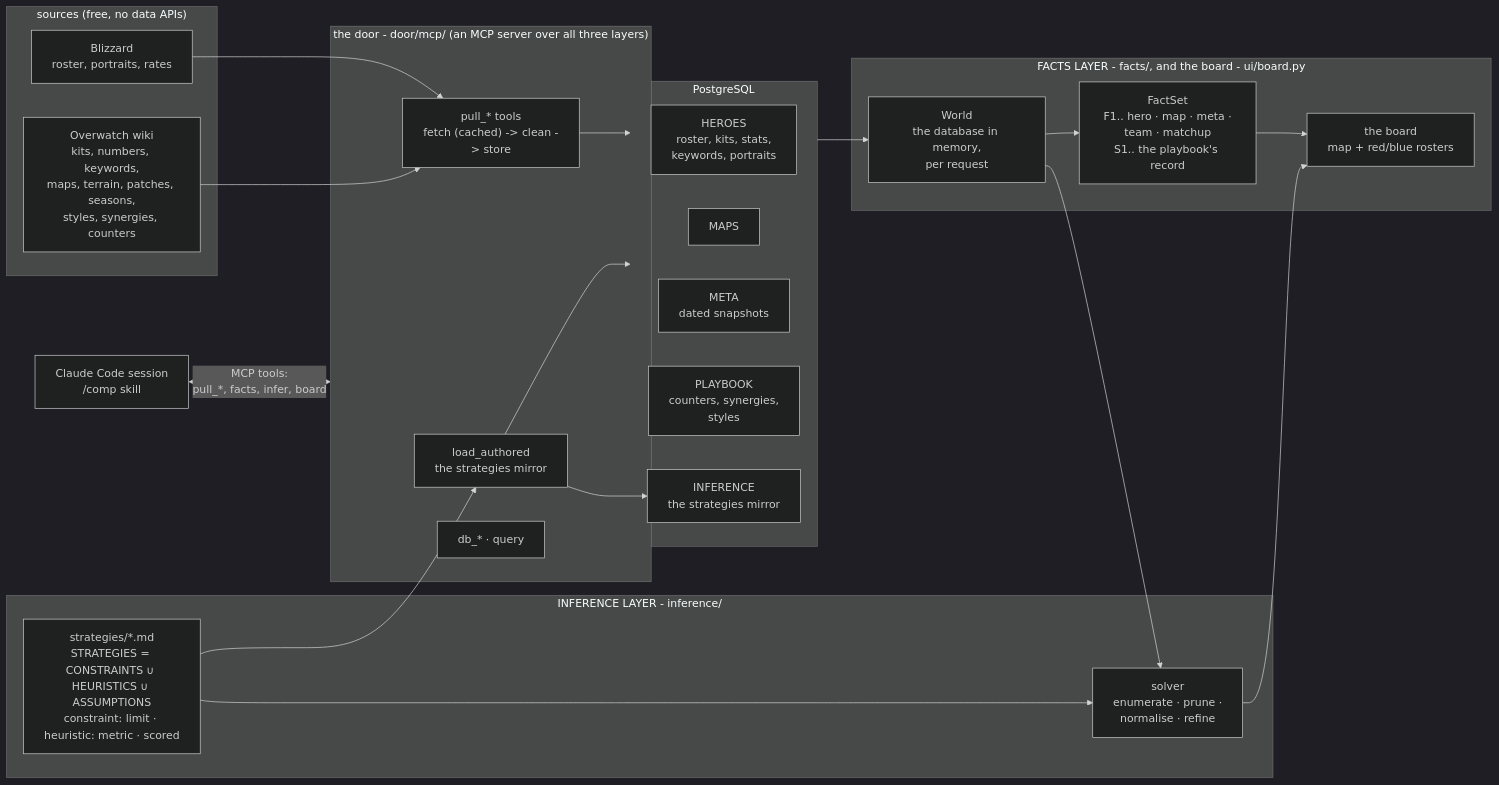
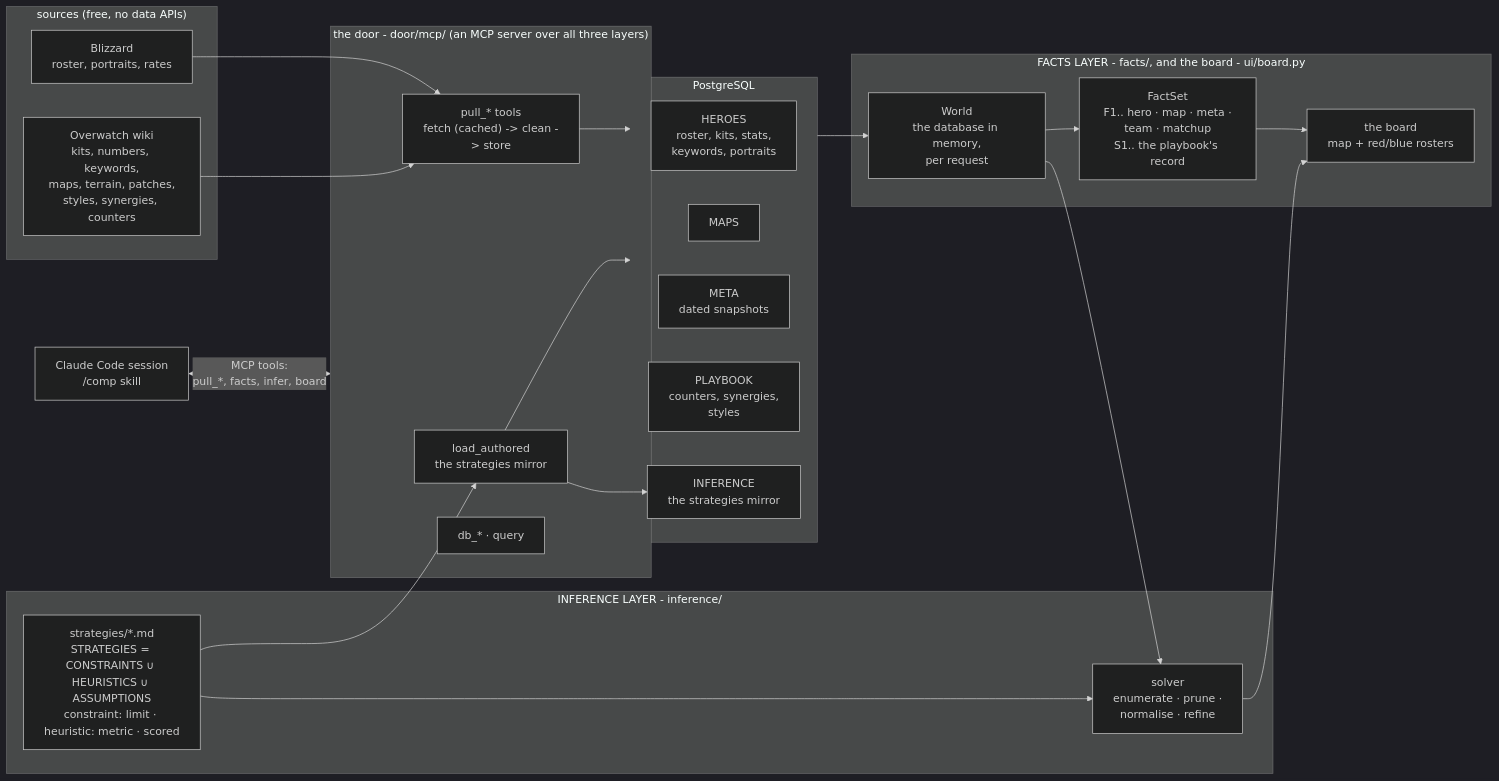
Before and after one commit to mmikol/countrix: the first of 2 diagrams in docs/architecture.md, drawn with Mermaid (dark theme). The commit also changed other lines of this file and 53 other files, not shown here.

````diff
--- a/docs/architecture.md
+++ b/docs/architecture.md
@@ -55,42 +55,42 @@
 ```mermaid
 flowchart LR
     subgraph SOURCES["sources (free, no data APIs)"]
         BLZ["Blizzard<br/>roster, portraits, rates"]
-        WIKI["Overwatch wiki<br/>kits, numbers, keywords,<br/>maps, terrain, patches, seasons,<br/>styles, synergies, counters"]
+        WIKI["Overwatch wiki<br/>kits, numbers, keywords,<br/>maps, terrain, patches,<br/>styles, synergies, counters"]
     end
 
     subgraph DATA["the door - door/mcp/ (an MCP server over all three layers)"]
         PULL["pull_* tools<br/>fetch (cached) -> clean -> store"]
         PLAY["load_authored<br/>the strategies mirror"]
         DBT["db_* · query"]
     end
 
     subgraph PG["PostgreSQL"]
         HEROES["HEROES<br/>roster, kits, stats,<br/>keywords, portraits"]
         MAPS["MAPS"]
         META["META<br/>dated snapshots"]
         PLAYBOOK["PLAYBOOK<br/>counters, synergies,<br/>styles"]
         INF["INFERENCE<br/>the strategies mirror"]
     end
 
     subgraph USER["FACTS LAYER - facts/, and the board - ui/board.py"]
         WORLD["World<br/>the database in memory,<br/>per request"]
         FACTS["FactSet<br/>F1.. hero · map · meta ·<br/>team · matchup<br/>S1.. the playbook's record"]
         BOARD["the board<br/>map + red/blue rosters"]
     end
 
     subgraph INFER["INFERENCE LAYER - inference/"]
         HEUR["strategies/*.md<br/>STRATEGIES = CONSTRAINTS ∪ HEURISTICS ∪ ASSUMPTIONS<br/>constraint: limit · heuristic: metric · scored"]
         SOLVER["solver<br/>enumerate · prune ·<br/>normalise · refine"]
     end
 
     BLZ & WIKI --> PULL
     HEUR --> PLAY
     PLAY --> INF
     PULL & PLAY --> PG
     PG --> WORLD --> FACTS --> BOARD
     WORLD --> SOLVER
     HEUR --> SOLVER
     SOLVER --> BOARD
     CHAT["Claude Code session<br/>/comp skill"] <-->|"MCP tools:<br/>pull_*, facts, infer, board"| DATA
 ```
````
